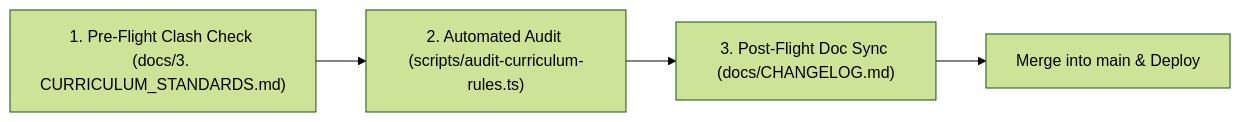
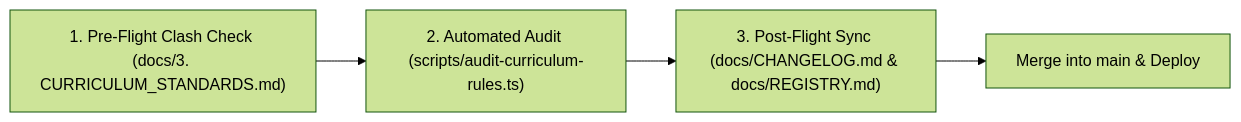
Before and after one commit to AdminPhil/2lingo: the diagram in docs/GOVERNANCE.md, drawn with Mermaid (forest theme). The commit also changed other lines of this file and 1 other file, not shown here.

Commit message:
docs: formalize mandatory docs/REGISTRY.md update protocol in governance rules

````diff
--- a/docs/GOVERNANCE.md
+++ b/docs/GOVERNANCE.md
@@ -12,6 +12,6 @@
 ```mermaid
 flowchart LR
     A["1. Pre-Flight Clash Check (docs/3. CURRICULUM_STANDARDS.md)"] --> B["2. Automated Audit (scripts/audit-curriculum-rules.ts)"]
-    B --> C["3. Post-Flight Doc Sync (docs/CHANGELOG.md)"]
+    B --> C["3. Post-Flight Sync (docs/CHANGELOG.md & docs/REGISTRY.md)"]
     C --> D["Merge into main & Deploy"]
 ```
````
